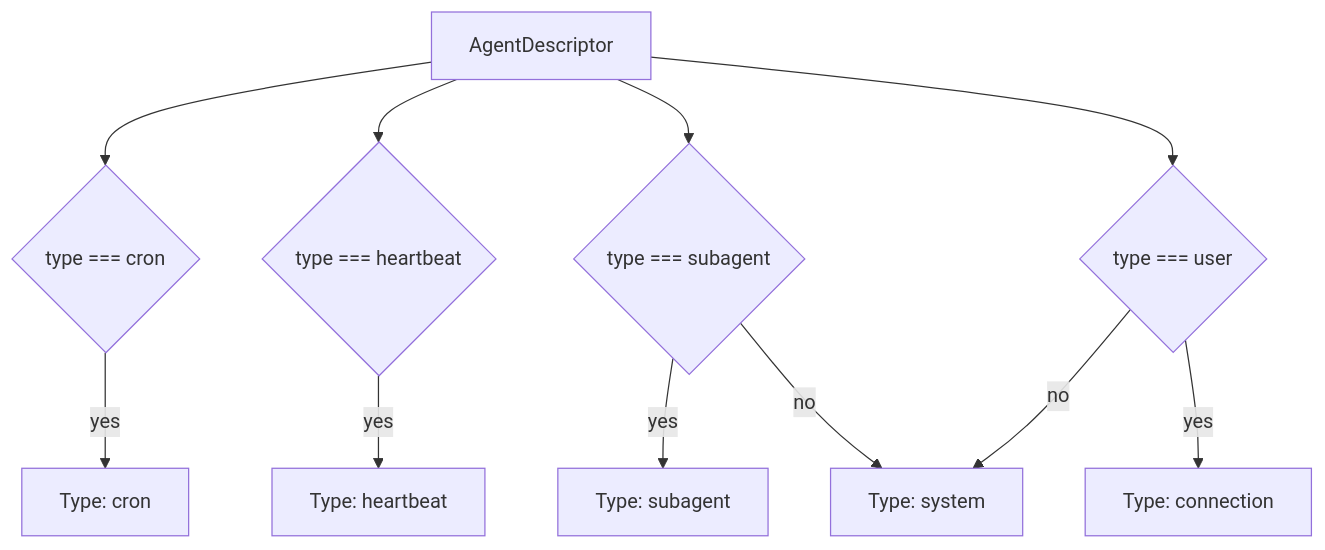
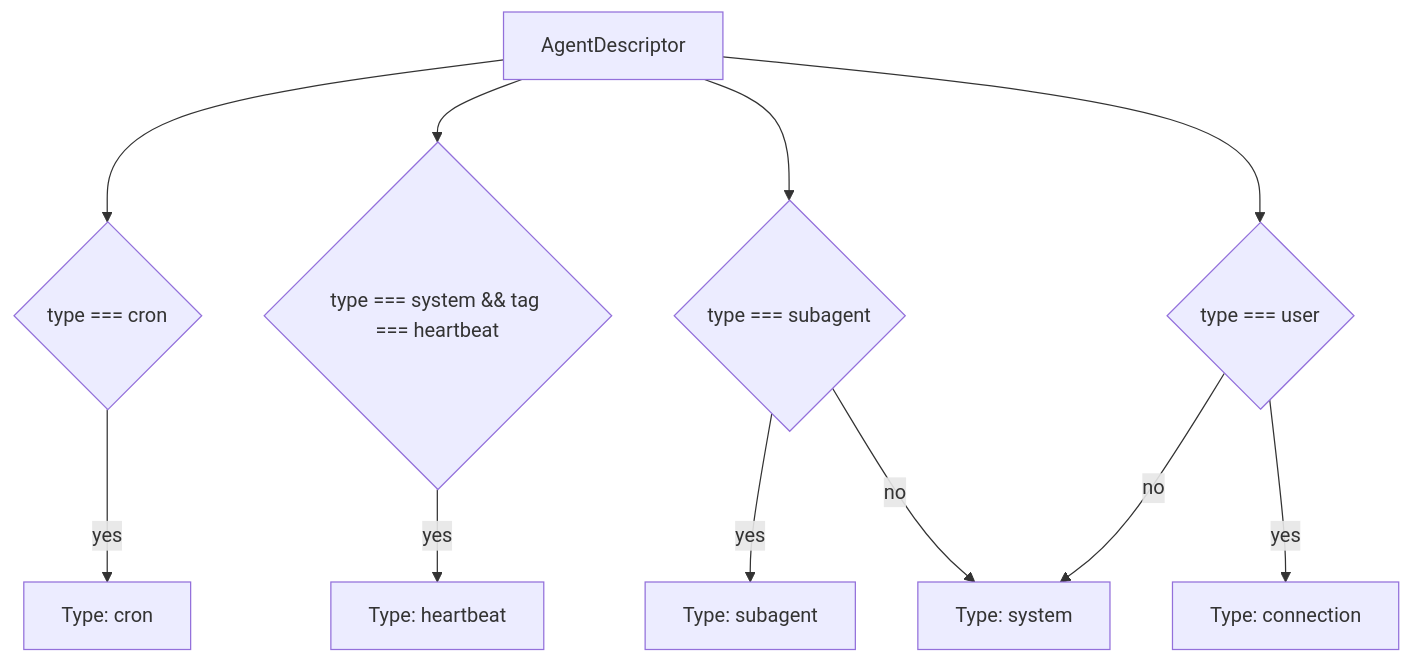
One commit to ex3ndr/claybot changed the third of 10 diagrams in docs/dashboard.md. Above: the diagram before and after it, drawn with Mermaid. The commit also changed 29 other files, not shown here.

````diff
--- a/docs/dashboard.md
+++ b/docs/dashboard.md
@@ -35,13 +35,13 @@
 ```mermaid
 flowchart TD
   Descriptor[AgentDescriptor] --> Cron{type === cron}
-  Descriptor --> Heartbeat{type === heartbeat}
+  Descriptor --> SystemTag{type === system && tag === heartbeat}
   Descriptor --> Subagent{type === subagent}
   Descriptor --> Connection{type === user}
   Cron -->|yes| CronType[Type: cron]
-  Heartbeat -->|yes| HeartbeatType[Type: heartbeat]
+  SystemTag -->|yes| HeartbeatType[Type: heartbeat]
   Subagent -->|yes| SubagentType[Type: subagent]
   Connection -->|yes| ConnectionType[Type: connection]
   Subagent -->|no| System[Type: system]
   Connection -->|no| System
 ```
````
